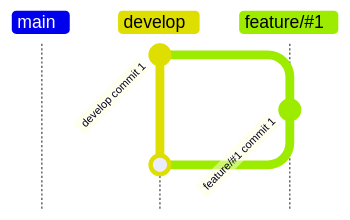
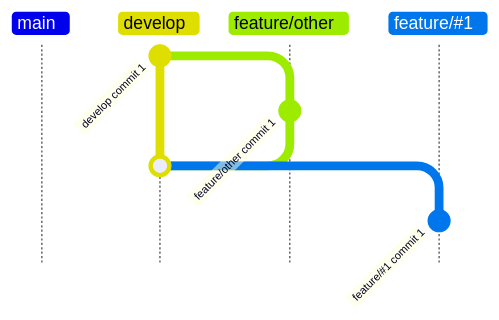
One commit to ryo-kagawa/memo changed the fourth of 5 diagrams in GitHub/運用フロー/通常.md. Above: the diagram before and after it, drawn with Mermaid. The commit also changed other lines of this file and 4 other files, not shown here.

````diff
--- a/GitHub/運用フロー/通常.md
+++ b/GitHub/運用フロー/通常.md
@@ -19,9 +33,11 @@
-```mermaid
-gitGraph TB:
-    branch "develop"
-    commit id: "develop commit 1"
-    branch "feature/#1"
-    commit id: "feature/#1 commit 1"
-    checkout "develop"
-    merge "feature/#1"
-```
+    ```mermaid
+    gitGraph TB:
+        branch "develop"
+        commit id: "develop commit 1"
+        branch "feature/other"
+        commit id: "feature/other commit 1"
+        checkout "develop"
+        merge "feature/other"
+        branch "feature/#1"
+        commit id: "feature/#1 commit 1"
+    ```
````
